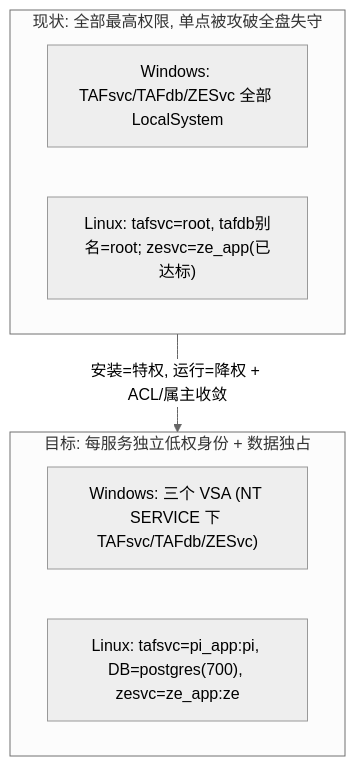
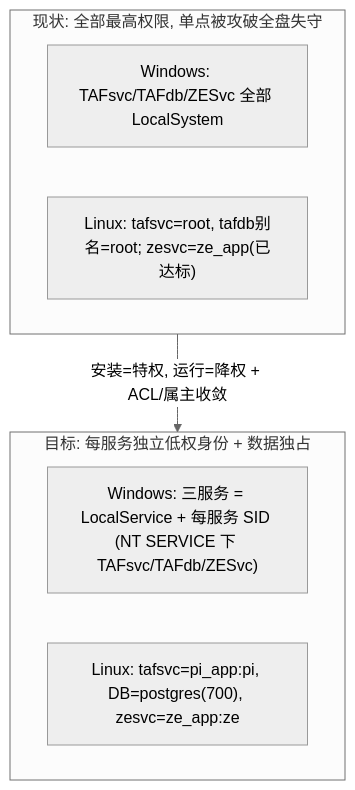
Before and after one commit to vb-wjt/study: the first of 5 diagrams in origin/2-projects/vertiv/PI/experience/v4.0/security-fix/design/runtime-permission-solution.md, drawn with Mermaid (neutral theme). The commit also changed other lines of this file and 6 other files, not shown here.

````diff
--- a/origin/2-projects/vertiv/PI/experience/v4.0/security-fix/design/runtime-permission-solution.md
+++ b/origin/2-projects/vertiv/PI/experience/v4.0/security-fix/design/runtime-permission-solution.md
@@ -27,12 +41,12 @@
 ```mermaid
 flowchart TB
   subgraph now [现状: 全部最高权限, 单点被攻破全盘失守]
     nWin["Windows: TAFsvc/TAFdb/ZESvc 全部 LocalSystem"]
     nLin["Linux: tafsvc=root, tafdb别名=root; zesvc=ze_app(已达标)"]
   end
   subgraph target [目标: 每服务独立低权身份 + 数据独占]
-    tWin["Windows: 三个 VSA (NT SERVICE 下 TAFsvc/TAFdb/ZESvc)"]
+    tWin["Windows: 三服务 = LocalService + 每服务 SID (NT SERVICE 下 TAFsvc/TAFdb/ZESvc)"]
     tLin["Linux: tafsvc=pi_app:pi, DB=postgres(700), zesvc=ze_app:ze"]
   end
   now -->|"安装=特权, 运行=降权 + ACL/属主收敛"| target
 ```
````
